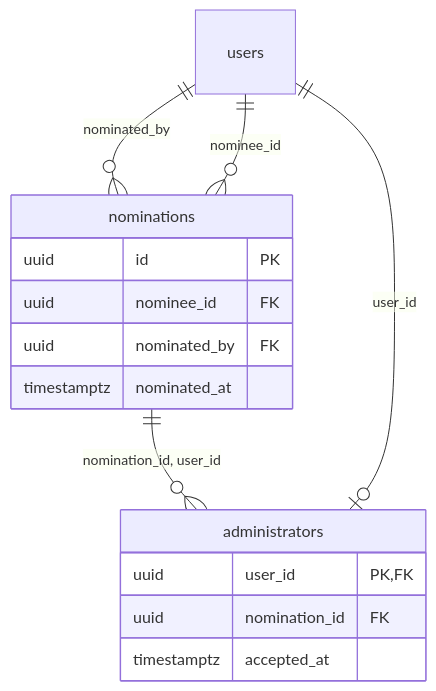
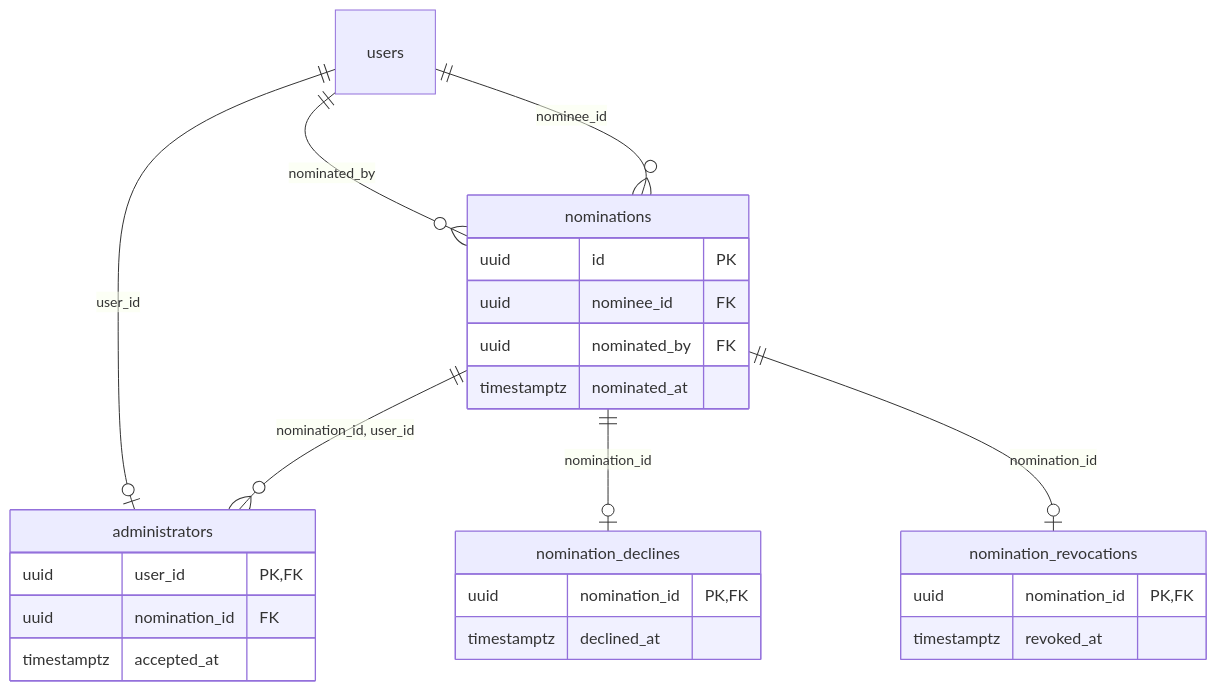
One commit to overture-stack/usher changed the second of 12 diagrams in .dev/design/schema-diagrams.md. Above: the diagram before and after it, drawn with Mermaid. The commit also changed other lines of this file and 109 other files, not shown here.

````diff
--- a/.dev/design/schema-diagrams.md
+++ b/.dev/design/schema-diagrams.md
@@ -29,18 +29,28 @@
 ```mermaid
 erDiagram
   administrators {
     uuid user_id PK, FK
     uuid nomination_id FK
     timestamptz accepted_at
   }
   nominations {
     uuid id PK
     uuid nominee_id FK
     uuid nominated_by FK
     timestamptz nominated_at
   }
+  nomination_declines {
+    uuid nomination_id PK, FK
+    timestamptz declined_at
+  }
+  nomination_revocations {
+    uuid nomination_id PK, FK
+    timestamptz revoked_at
+  }
   nominations ||--o{ administrators : "nomination_id, user_id"
   users ||--o| administrators : "user_id"
   users ||--o{ nominations : "nominated_by"
   users ||--o{ nominations : "nominee_id"
+  nominations ||--o| nomination_declines : "nomination_id"
+  nominations ||--o| nomination_revocations : "nomination_id"
 ```
````
